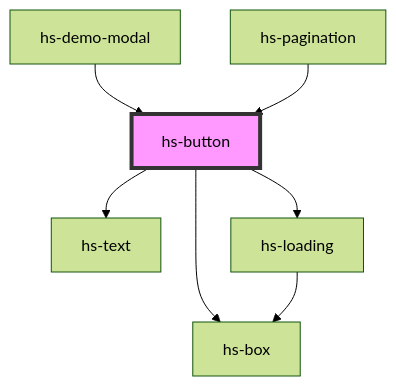
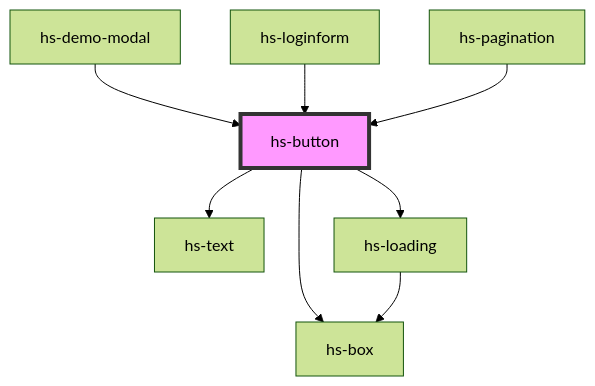
The diagram in src/components/hs-button/readme.md (dimka3553/hs-design-system), drawn with Mermaid (forest theme) before and after one commit. The commit also changed other lines of this file and 14 other files, not shown here.

````diff
--- a/src/components/hs-button/readme.md
+++ b/src/components/hs-button/readme.md
@@ -41,10 +42,11 @@
 ```mermaid
 graph TD;
   hs-button --> hs-box
   hs-button --> hs-text
   hs-button --> hs-loading
   hs-loading --> hs-box
   hs-demo-modal --> hs-button
+  hs-loginform --> hs-button
   hs-pagination --> hs-button
   style hs-button fill:#f9f,stroke:#333,stroke-width:4px
 ```
````
